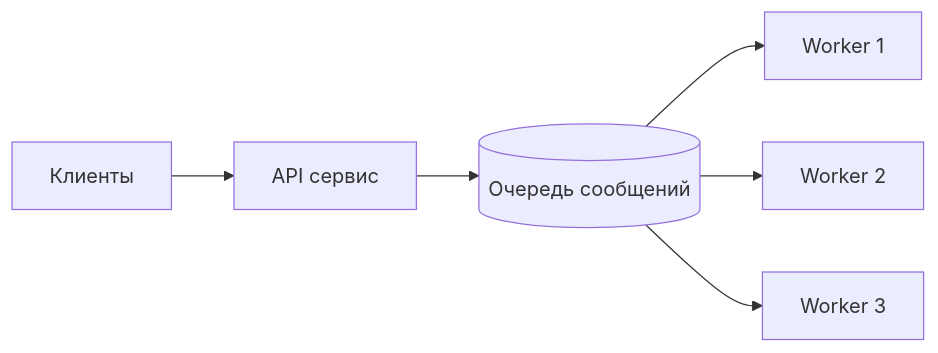
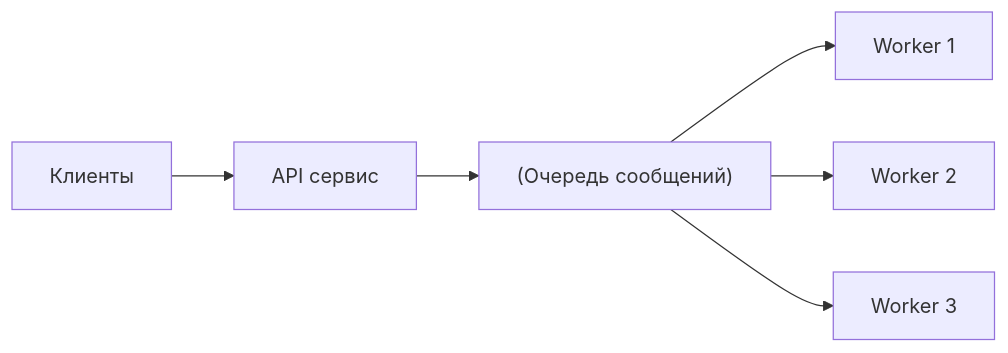
One commit to DDoSKudya/ai-study-atlas changed the second of 3 diagrams in directions/architecture/pact/19_backend_masshtabirovanie_i_ustoychivost_balansirovka_kesh_ocheredi_resilience/02_19_2_kesh_kak_instrument_masshtabirovaniya_ocheredi_i_sglazhivanie_pikov.md. Above: the diagram before and after it, drawn with Mermaid. The commit also changed other lines of this file and 322 other files, not shown here.

Commit message:
fix(docs): make mermaid diagrams GitHub-compatible across directions content

````diff
--- a/directions/architecture/pact/19_backend_masshtabirovanie_i_ustoychivost_balansirovka_kesh_ocheredi_resilience/02_19_2_kesh_kak_instrument_masshtabirovaniya_ocheredi_i_sglazhivanie_pikov.md
+++ b/directions/architecture/pact/19_backend_masshtabirovanie_i_ustoychivost_balansirovka_kesh_ocheredi_resilience/02_19_2_kesh_kak_instrument_masshtabirovaniya_ocheredi_i_sglazhivanie_pikov.md
@@ -85,8 +85,8 @@
 ```mermaid
 flowchart LR
-  Client[Клиенты] --> API[API сервис]
-  API --> Q[(Очередь сообщений)]
-  Q --> W1[Worker 1]
-  Q --> W2[Worker 2]
-  Q --> W3[Worker 3]
+  Client["Клиенты"] --> API["API сервис"]
+  API --> Q["(Очередь сообщений)"]
+  Q --> W1["Worker 1"]
+  Q --> W2["Worker 2"]
+  Q --> W3["Worker 3"]
 ```
````
